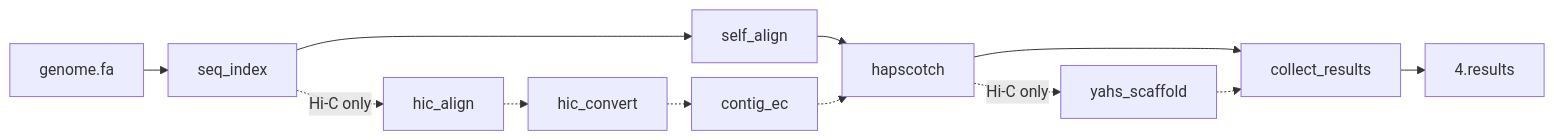
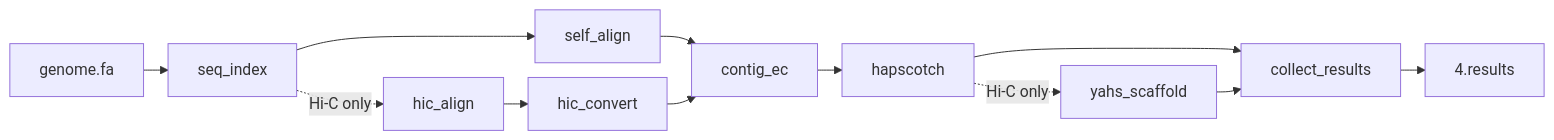
The diagram in README.md (c-zhou/hapscotch), drawn with Mermaid before and after one commit. The commit also changed 1 other file, not shown here.

Commit message:
A minor change

````diff
--- a/README.md
+++ b/README.md
@@ -129,15 +129,15 @@
 ```mermaid
 %%{init: {'flowchart': {'rankSpacing': 25, 'nodeSpacing': 15}}}%%
 flowchart LR
     G[genome.fa] --> S1[seq_index]
     S1 --> S2[self_align]
-    S2 --> S6[hapscotch]
+    S2 --> S5[contig_ec]
     S1 -. Hi-C only .-> S3[hic_align]
-    S3 -.-> S4[hic_convert]
-    S4 -.-> S5[contig_ec]
-    S5 -.-> S6
+    S3 --> S4[hic_convert]
+    S4 --> S5
+    S5 --> S6[hapscotch]
     S6 -. Hi-C only .-> S7[yahs_scaffold]
     S6 --> S8[collect_results]
-    S7 -.-> S8
+    S7 --> S8
     S8 --> R[4.results]
 ```
````
